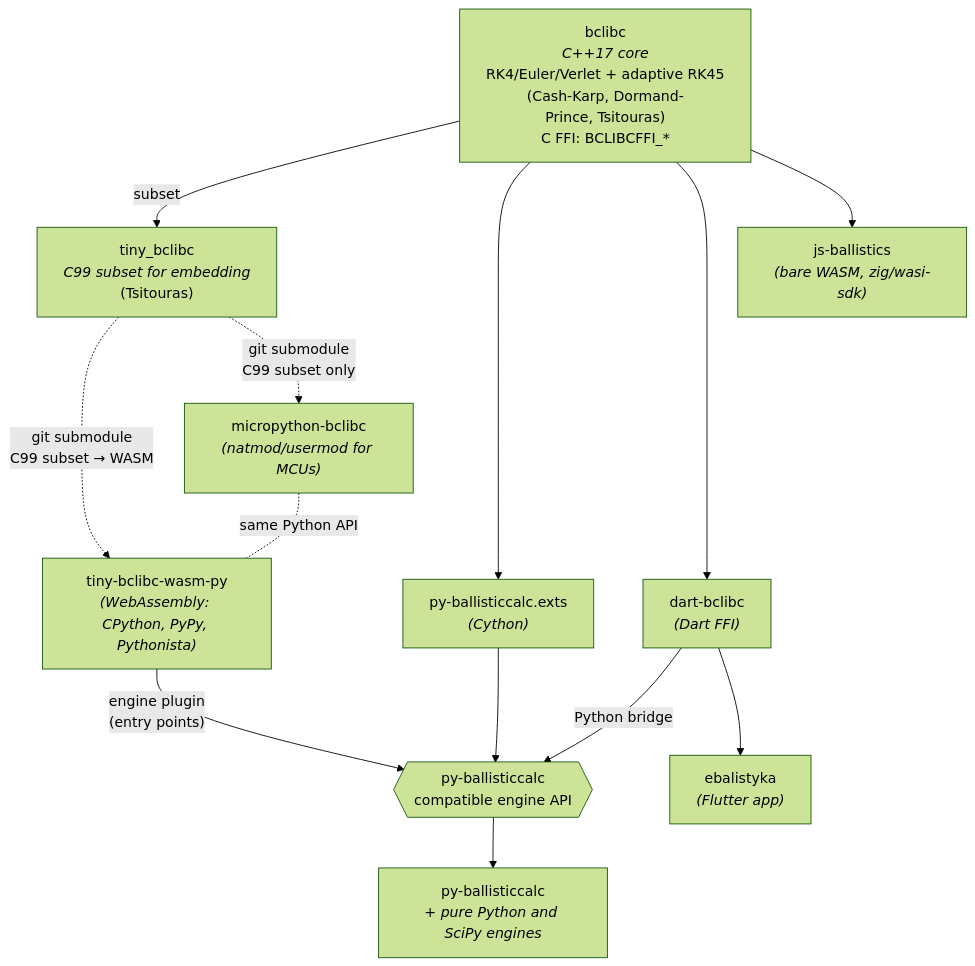
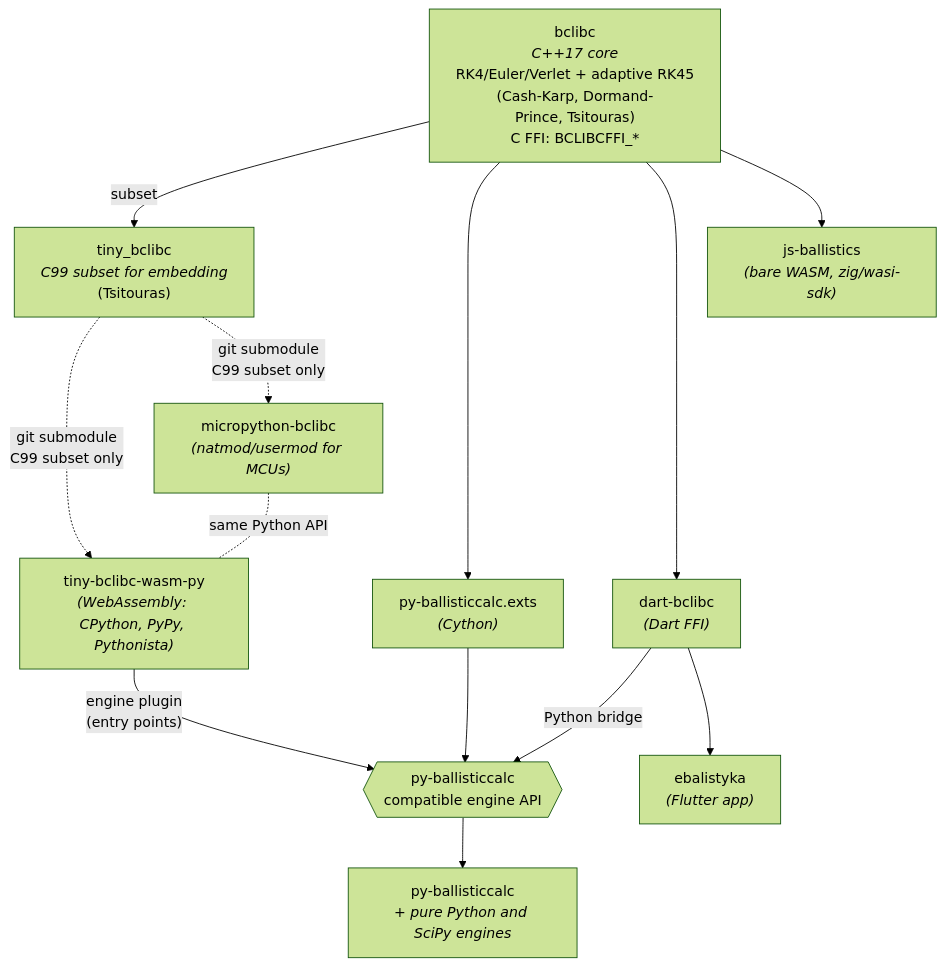
One commit to ballistics-lab/.github changed the first of 2 diagrams in profile/README.md. Above: the diagram before and after it, drawn with Mermaid (forest theme).

Commit message:
Update README.md for git submodule description

````diff
--- a/profile/README.md
+++ b/profile/README.md
@@ -23,21 +23,21 @@
 ```mermaid
 flowchart TD
     A["bclibc<br><i>C++17&nbsp;core</i><br>RK4/Euler/Verlet&nbsp;+&nbsp;adaptive&nbsp;RK45<br>(Cash-Karp,&nbsp;Dormand-Prince,&nbsp;Tsitouras)<br>C&nbsp;FFI:&nbsp;BCLIBCFFI_*"]
     A2["tiny_bclibc<br><i>C99&nbsp;subset&nbsp;for&nbsp;embedding</i><br>(Tsitouras)"]
     A -->|"subset"| A2
 
     A --> X["py-ballisticcalc.exts<br><i>(Cython)</i>"]
     A --> D["dart-bclibc<br><i>(Dart FFI)</i>"]
     A --> J["js-ballistics<br><i>(bare WASM, zig/wasi-sdk)</i>"]
-    A2 -.->|"git submodule<br>C99 subset → WASM"| T["tiny-bclibc-wasm-py<br><i>(WebAssembly: CPython, PyPy, Pythonista)</i>"]
+    A2 -.->|"git submodule<br>C99 subset only"| T["tiny-bclibc-wasm-py<br><i>(WebAssembly: CPython, PyPy, Pythonista)</i>"]
     A2 -.->|"git submodule<br>C99 subset only"| E["micropython-bclibc<br><i>(natmod/usermod for MCUs)</i>"]
 
     API{{"py-ballisticcalc<br>compatible engine API"}}
     X --> API
     D -->|"Python bridge"| API
     T -->|"engine plugin<br>(entry points)"| API
     API --> P["py-ballisticcalc<br><i>+ pure Python and SciPy engines</i>"]
 
     E -.-|"same Python API"| T
     D --> F["ebalistyka<br><i>(Flutter app)</i>"]
 ```
````
